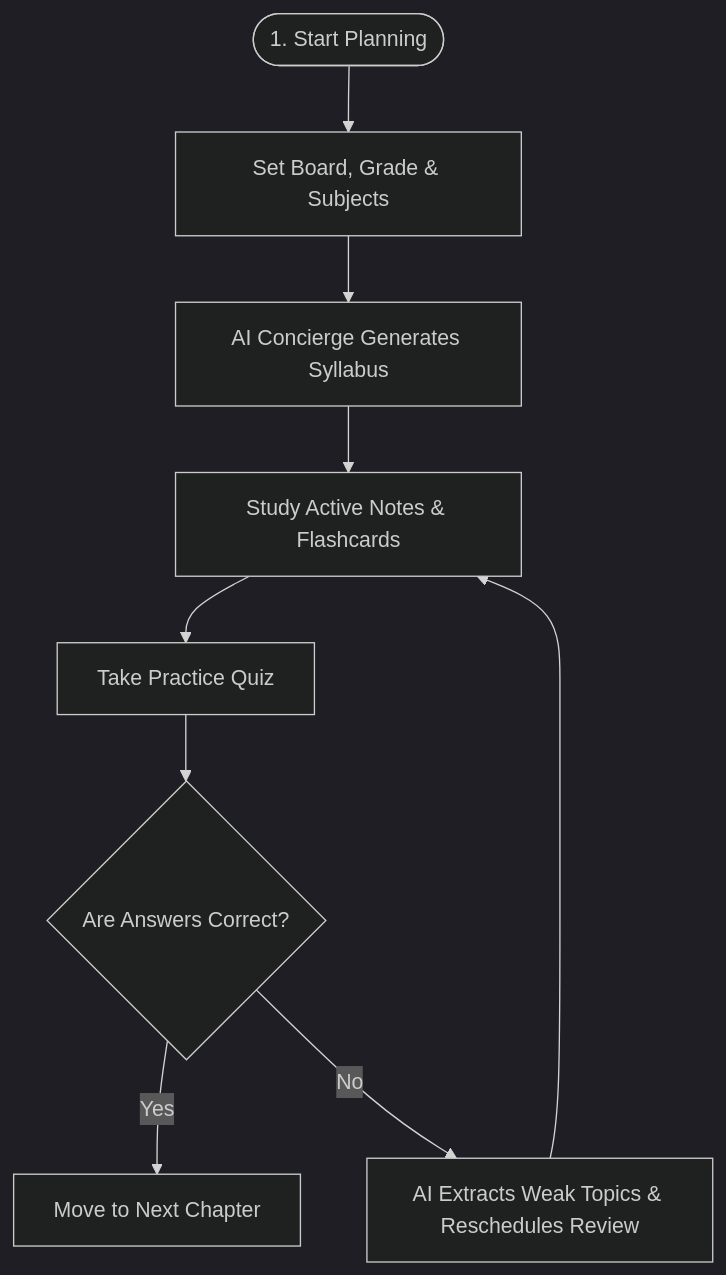
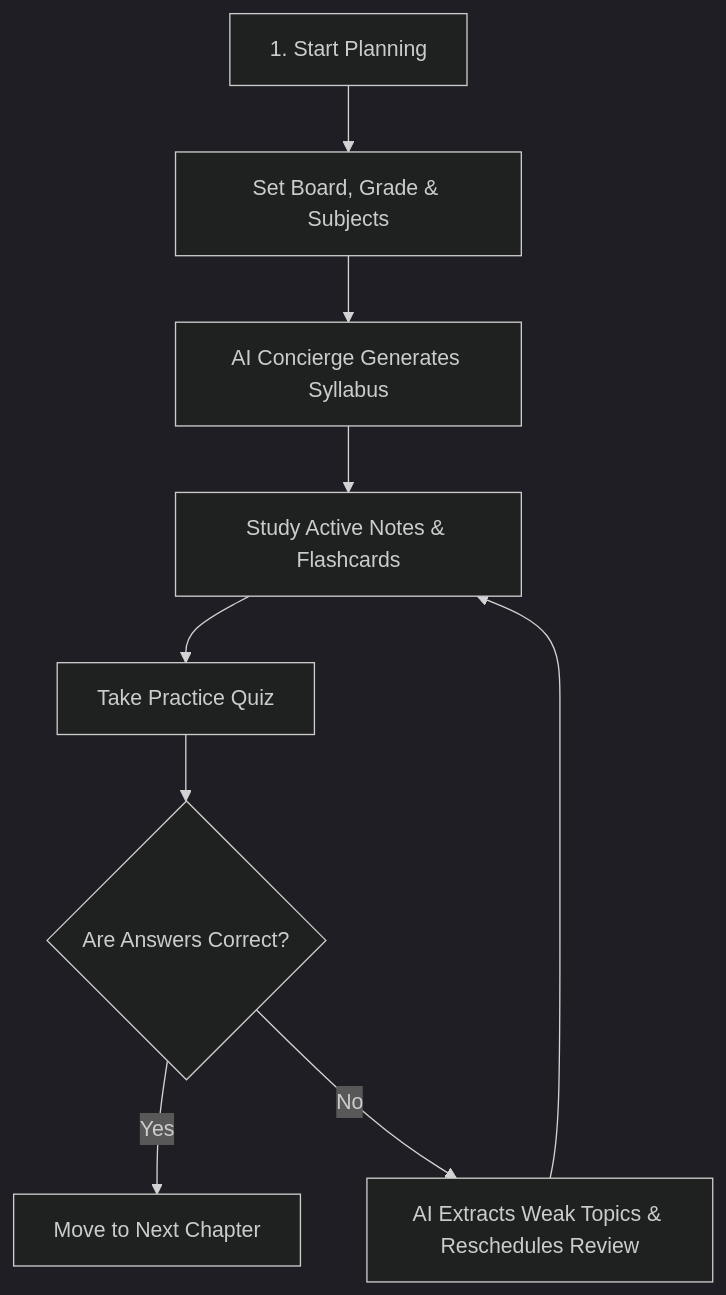
The second of 2 diagrams in README.md (SN-28/STUDYSMITH), drawn with Mermaid (dark theme) before and after one commit. The commit also changed other lines of this file, not shown here.

Commit message:
Simplify Mermaid node shapes for perfect GitHub rendering

````diff
--- a/README.md
+++ b/README.md
@@ -76,11 +76,11 @@
 ```mermaid
 graph TD
-    Start(["1. Start Planning"]) --> Profile["Set Board, Grade & Subjects"]
+    Start["1. Start Planning"] --> Profile["Set Board, Grade & Subjects"]
     Profile --> AI_Syllabus["AI Concierge Generates Syllabus"]
     AI_Syllabus --> Study["Study Active Notes & Flashcards"]
     Study --> Mock_Quiz["Take Practice Quiz"]
     Mock_Quiz --> Eval{Are Answers Correct?}
     Eval -- Yes --> Mastery["Move to Next Chapter"]
     Eval -- No --> Remediation["AI Extracts Weak Topics & Reschedules Review"]
     Remediation --> Study
 ```
````
